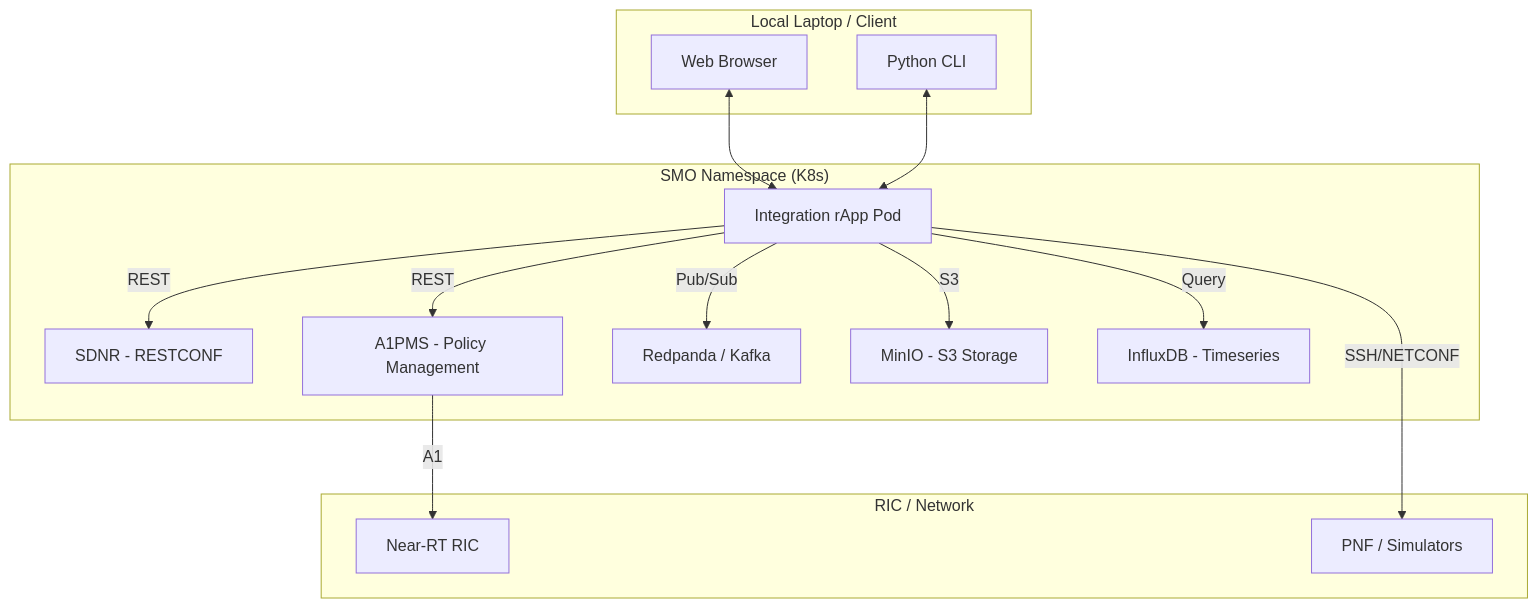
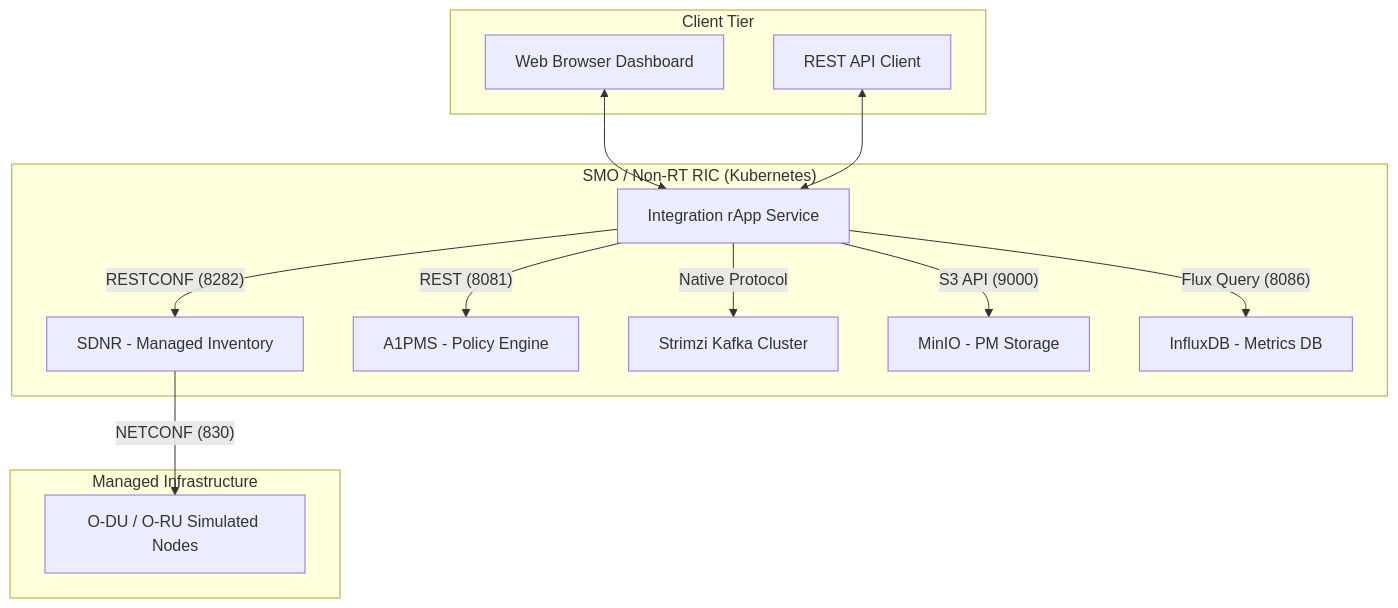
The diagram in agnik/integration-rapp/README.md (sknrao/oransc-sanity), drawn with Mermaid before and after one commit. The commit also changed other lines of this file and 11 other files, not shown here.

````diff
--- a/agnik/integration-rapp/README.md
+++ b/agnik/integration-rapp/README.md
@@ -27,31 +11,32 @@
 ```mermaid
 graph TD
-    subgraph "Local Laptop / Client"
-        GUI[Web Browser]
-        CLI[Python CLI]
+    subgraph "Client Tier"
+        GUI[Web Browser Dashboard]
+        CLI[REST API Client]
     end
 
-    subgraph "SMO Namespace (K8s)"
-        rApp[Integration rApp Pod]
-        SDNR[SDNR - RESTCONF]
-        A1PMS[A1PMS - Policy Management]
-        Kafka[Redpanda / Kafka]
-        MinIO[MinIO - S3 Storage]
-        Influx[InfluxDB - Timeseries]
+    subgraph "SMO / Non-RT RIC (Kubernetes)"
+        rApp[Integration rApp Service]
+        SDNR[SDNR - Managed Inventory]
+        A1PMS[A1PMS - Policy Engine]
+        Kafka[Strimzi Kafka Cluster]
+        MinIO[MinIO - PM Storage]
+        Influx[InfluxDB - Metrics DB]
     end
 
-    subgraph "RIC / Network"
-        NearRT[Near-RT RIC]
-        PNF[PNF / Simulators]
+    subgraph "Managed Infrastructure"
+        ODU[O-DU / O-RU Simulated Nodes]
     end
 
     GUI <--> rApp
     CLI <--> rApp
-    rApp -- REST --> SDNR
-    rApp -- REST --> A1PMS
-    rApp -- S3 --> MinIO
-    rApp -- Query --> Influx
-    rApp -- Pub/Sub --> Kafka
-    rApp -- SSH/NETCONF --> PNF
-    A1PMS -- A1 --> NearRT
+    
+    %% Service Communication
+    rApp -- "RESTCONF (8282)" --> SDNR
+    rApp -- "REST (8081)" --> A1PMS
+    rApp -- "S3 API (9000)" --> MinIO
+    rApp -- "Flux Query (8086)" --> Influx
+    rApp -- "Native Protocol" --> Kafka
+    
+    SDNR -- "NETCONF (830)" --> ODU
 ```
````
